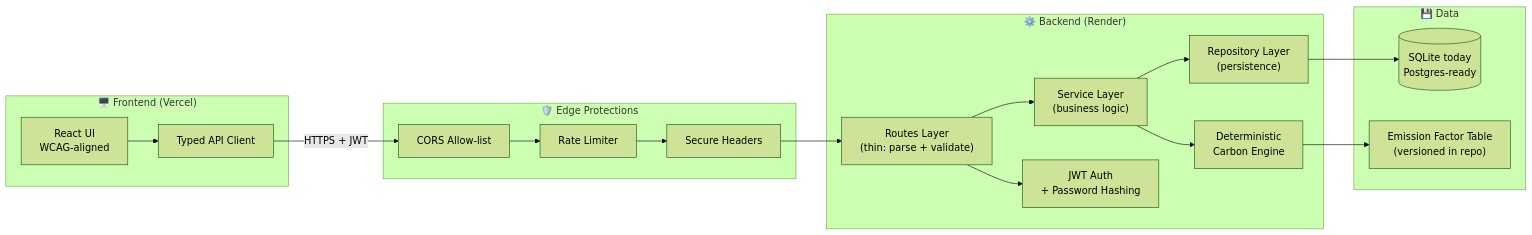
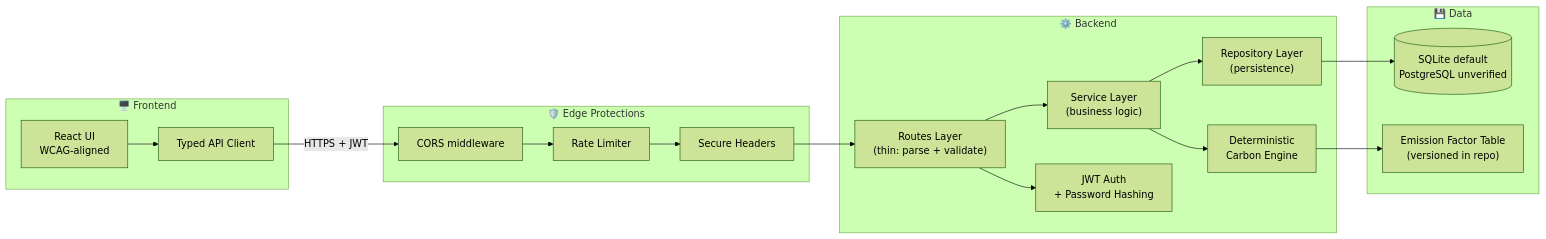
The diagram in README.md (Soham-o/EarthShare), drawn with Mermaid (forest theme) before and after one commit. The commit also changed other lines of this file, not shown here.

````diff
--- a/README.md
+++ b/README.md
@@ -246,38 +312,38 @@
 ```mermaid
 flowchart LR
-    subgraph Client["🖥️ Frontend (Vercel)"]
+    subgraph Client["🖥️ Frontend"]
         UI["React UI<br/>WCAG-aligned"]
         APIClient["Typed API Client"]
     end
 
     subgraph Edge["🛡️ Edge Protections"]
-        CORS["CORS Allow-list"]
+        CORS["CORS middleware"]
         RL["Rate Limiter"]
         SH["Secure Headers"]
     end
 
-    subgraph Backend["⚙️ Backend (Render)"]
+    subgraph Backend["⚙️ Backend"]
         Routes["Routes Layer<br/>(thin: parse + validate)"]
         Services["Service Layer<br/>(business logic)"]
         Repos["Repository Layer<br/>(persistence)"]
         Engine["Deterministic<br/>Carbon Engine"]
         Auth["JWT Auth<br/>+ Password Hashing"]
     end
 
     subgraph Data["💾 Data"]
-        DB[("SQLite today<br/>Postgres-ready")]
+        DB[("SQLite default<br/>PostgreSQL unverified")]
         Factors["Emission Factor Table<br/>(versioned in repo)"]
     end
 
     UI --> APIClient
     APIClient -->|HTTPS + JWT| CORS
     CORS --> RL
     RL --> SH
     SH --> Routes
     Routes --> Auth
     Routes --> Services
     Services --> Repos
     Services --> Engine
     Repos --> DB
     Engine --> Factors
 ```
````
